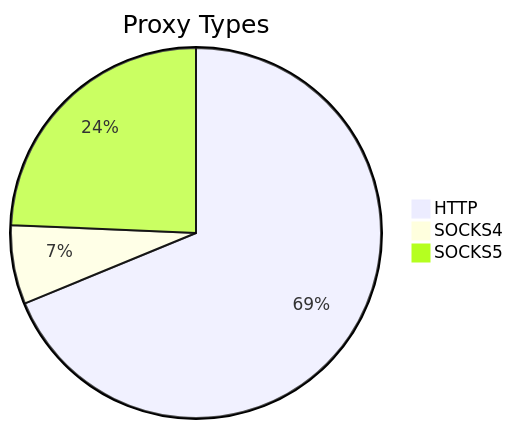
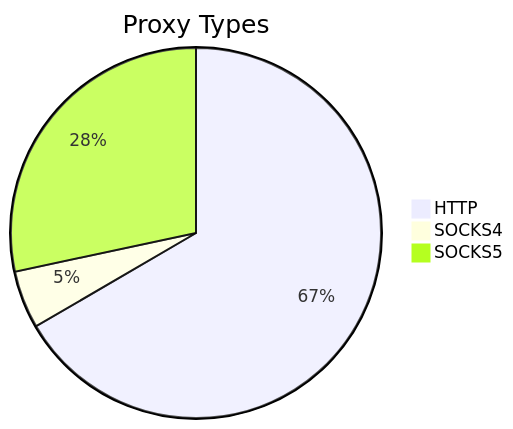
One commit to stormsia/proxy-list changed the first of 2 diagrams in README.md. Above: the diagram before and after it, drawn with Mermaid. The commit also changed other lines of this file, not shown here.

````diff
--- a/README.md
+++ b/README.md
@@ -21,6 +21,6 @@
 ```mermaid
 pie title Proxy Types
-    "HTTP" : 509
-    "SOCKS4" : 51
-    "SOCKS5" : 180
+    "HTTP" : 646
+    "SOCKS4" : 49
+    "SOCKS5" : 275
 ```
````
